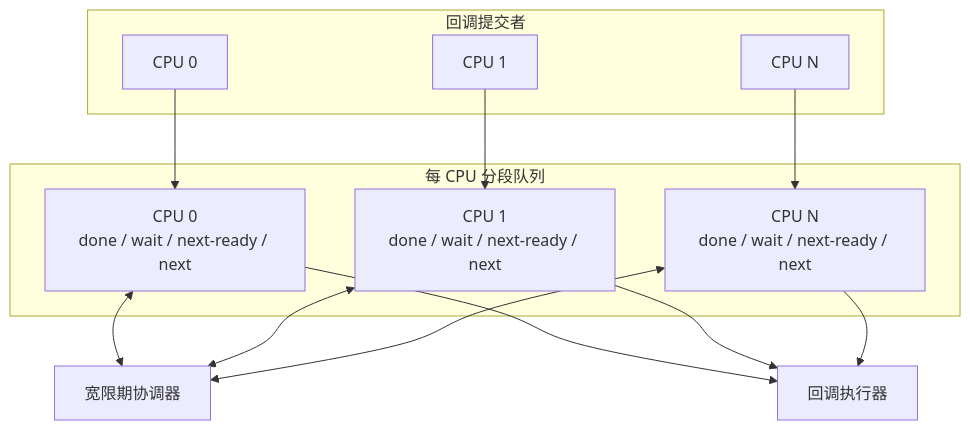
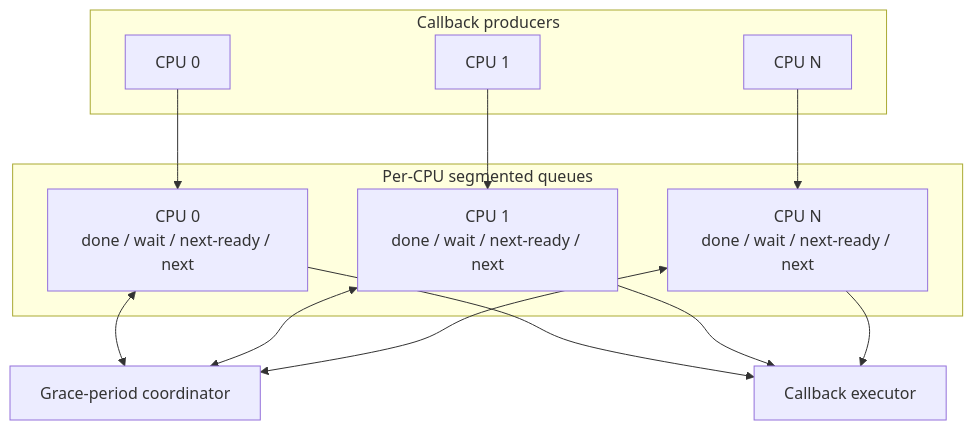
One commit to DragonOS-Community/DragonOS changed the second of 8 diagrams in docs/kernel/rcu/segmented-callback-queues.md. Above: the diagram before and after it, drawn with Mermaid. The commit also changed other lines of this file and 2058 other files, not shown here.

````diff
--- a/docs/kernel/rcu/segmented-callback-queues.md
+++ b/docs/kernel/rcu/segmented-callback-queues.md
@@ -44,27 +44,27 @@
 ```mermaid
 flowchart TB
-    subgraph Producers[回调提交者]
+    subgraph Producers[Callback producers]
         C0[CPU 0]
         C1[CPU 1]
         CN[CPU N]
     end
 
-    subgraph Queues[每 CPU 分段队列]
+    subgraph Queues[Per-CPU segmented queues]
         Q0[CPU 0<br/>done / wait / next-ready / next]
         Q1[CPU 1<br/>done / wait / next-ready / next]
         QN[CPU N<br/>done / wait / next-ready / next]
     end
 
-    GP[宽限期协调器]
-    Worker[回调执行器]
+    GP[Grace-period coordinator]
+    Worker[Callback executor]
 
     C0 --> Q0
     C1 --> Q1
     CN --> QN
     Q0 <--> GP
     Q1 <--> GP
     QN <--> GP
     Q0 --> Worker
     Q1 --> Worker
     QN --> Worker
 ```
````
